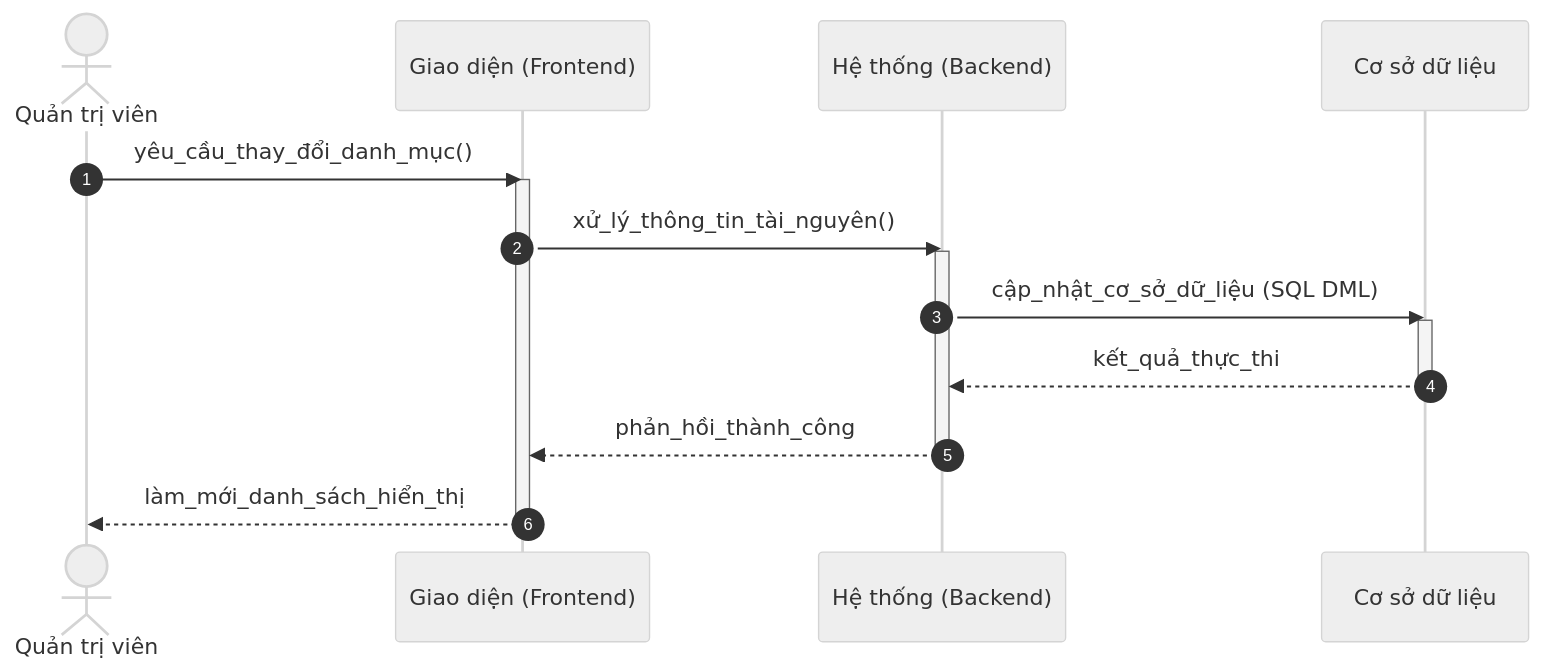
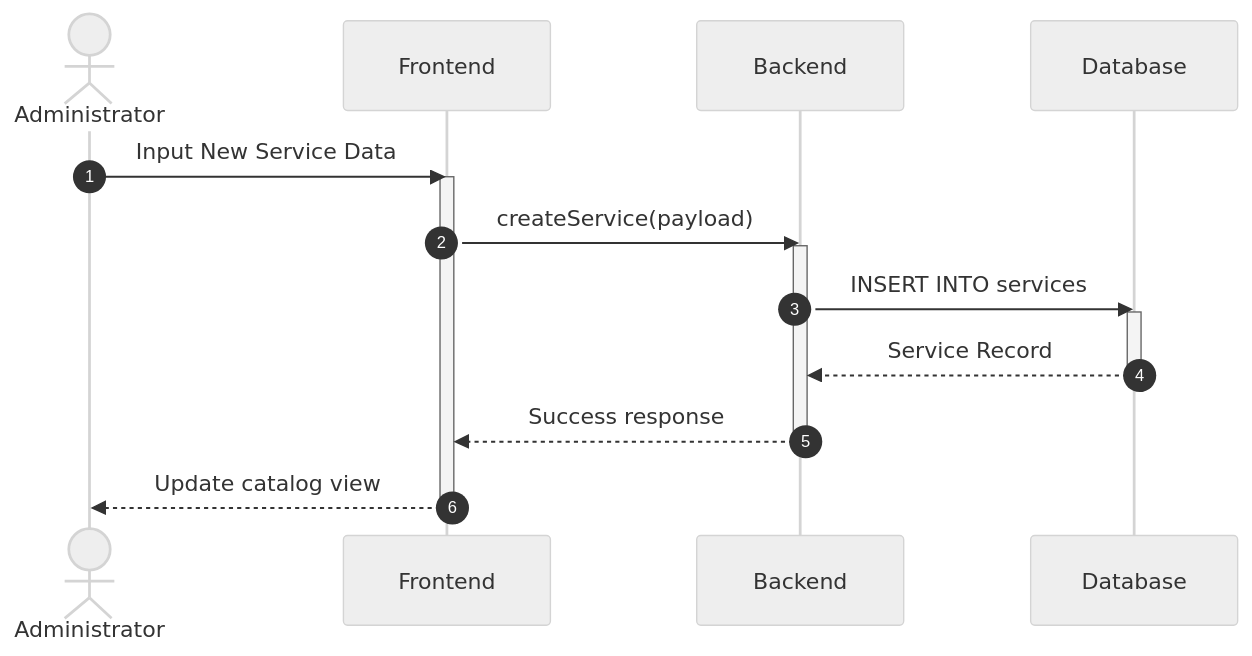
Before and after one commit to ngoctinn/Synapse: the second of 5 diagrams in docs/design/sequences_simplified/admin_flows.md, drawn with Mermaid (neutral theme). The commit also changed other lines of this file and 4 other files, not shown here.

Commit message:
feat: add simplified sequence diagrams for authentication and core user flows.

````diff
--- a/docs/design/sequences_simplified/admin_flows.md
+++ b/docs/design/sequences_simplified/admin_flows.md
@@ -43,23 +42,23 @@
 ```mermaid
 sequenceDiagram
     autonumber
-    actor QTV as Quản trị viên
-    participant FE as Giao diện (Frontend)
-    participant BE as Hệ thống (Backend)
-    participant DB as Cơ sở dữ liệu
+    actor Admin as Administrator
+    participant FE as Frontend
+    participant BE as Backend
+    participant DB as Database
 
-    QTV->>FE: yêu_cầu_thay_đổi_danh_mục()
+    Admin->>FE: Input New Service Data
     activate FE
-    FE->>BE: xử_lý_thông_tin_tài_nguyên()
+    FE->>BE: createService(payload)
     activate BE
 
-    BE->>DB: cập_nhật_cơ_sở_dữ_liệu (SQL DML)
+    BE->>DB: INSERT INTO services
     activate DB
-    DB-->>BE: kết_quả_thực_thi
+    DB-->>BE: Service Record
     deactivate DB
 
-    BE-->>FE: phản_hồi_thành_công
+    BE-->>FE: Success response
     deactivate BE
-    FE-->>QTV: làm_mới_danh_sách_hiển_thị
+    FE-->>Admin: Update catalog view
     deactivate FE
 ```
````
